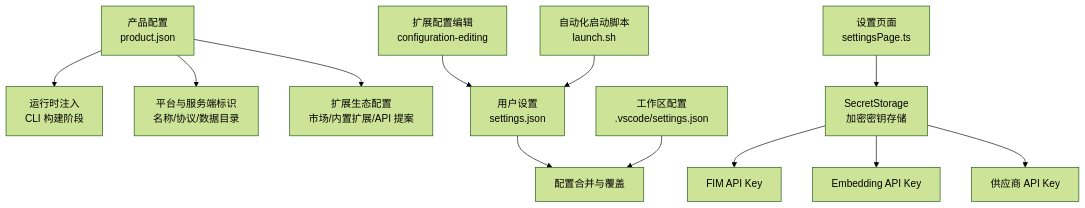
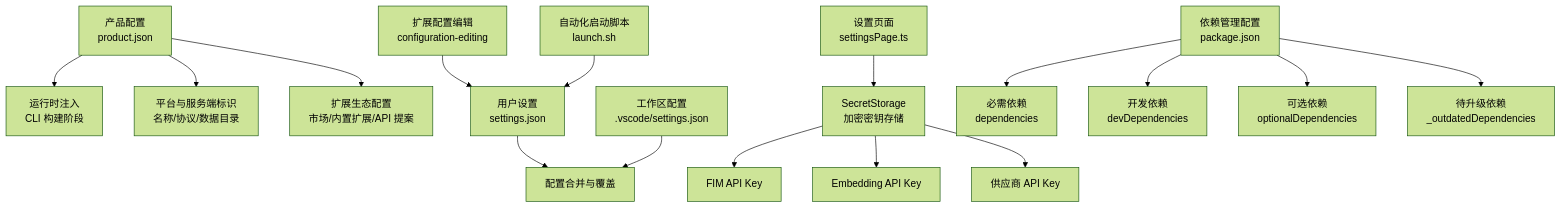
The first of 5 diagrams in .qoder/repowiki/zh/content/配置管理.md (sofate798/KodrixCode), drawn with Mermaid (forest theme) before and after one commit. The commit also changed other lines of this file and 9 other files, not shown here.

````diff
--- a/.qoder/repowiki/zh/content/配置管理.md
+++ b/.qoder/repowiki/zh/content/配置管理.md
@@ -50,14 +49,18 @@
 ```mermaid
 graph TB
 A["产品配置<br/>product.json"] --> B["运行时注入<br/>CLI 构建阶段"]
 A --> C["平台与服务端标识<br/>名称/协议/数据目录"]
 A --> D["扩展生态配置<br/>市场/内置扩展/API 提案"]
 E["用户设置<br/>settings.json"] --> F["配置合并与覆盖"]
 G["工作区配置<br/>.vscode/settings.json"] --> F
 H["扩展配置编辑<br/>configuration-editing"] --> E
 I["自动化启动脚本<br/>launch.sh"] --> E
 J["SecretStorage<br/>加密密钥存储"] --> K["FIM API Key"]
 J --> L["Embedding API Key"]
 J --> M["供应商 API Key"]
 N["设置页面<br/>settingsPage.ts"] --> J
+O["依赖管理配置<br/>package.json"] --> P["必需依赖<br/>dependencies"]
+O --> Q["开发依赖<br/>devDependencies"]
+O --> R["可选依赖<br/>optionalDependencies"]
+O --> S["待升级依赖<br/>_outdatedDependencies"]
 ```
````
